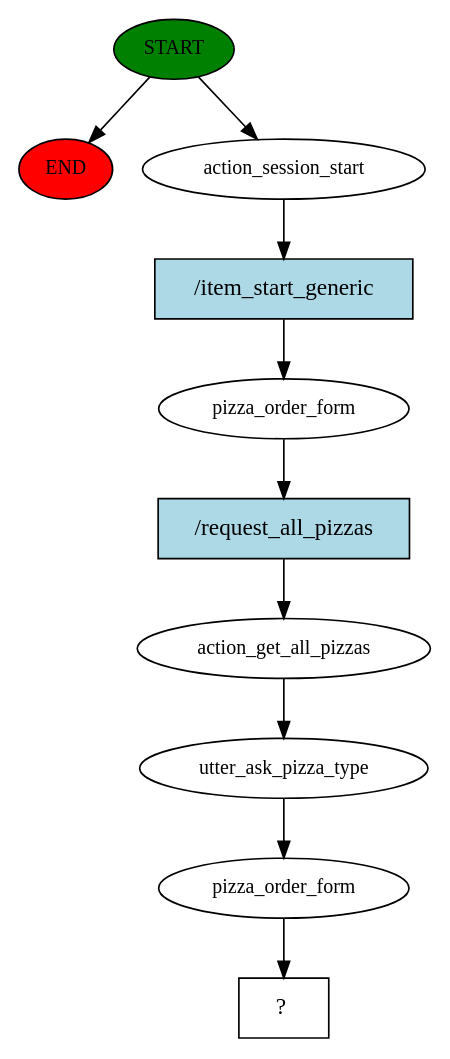
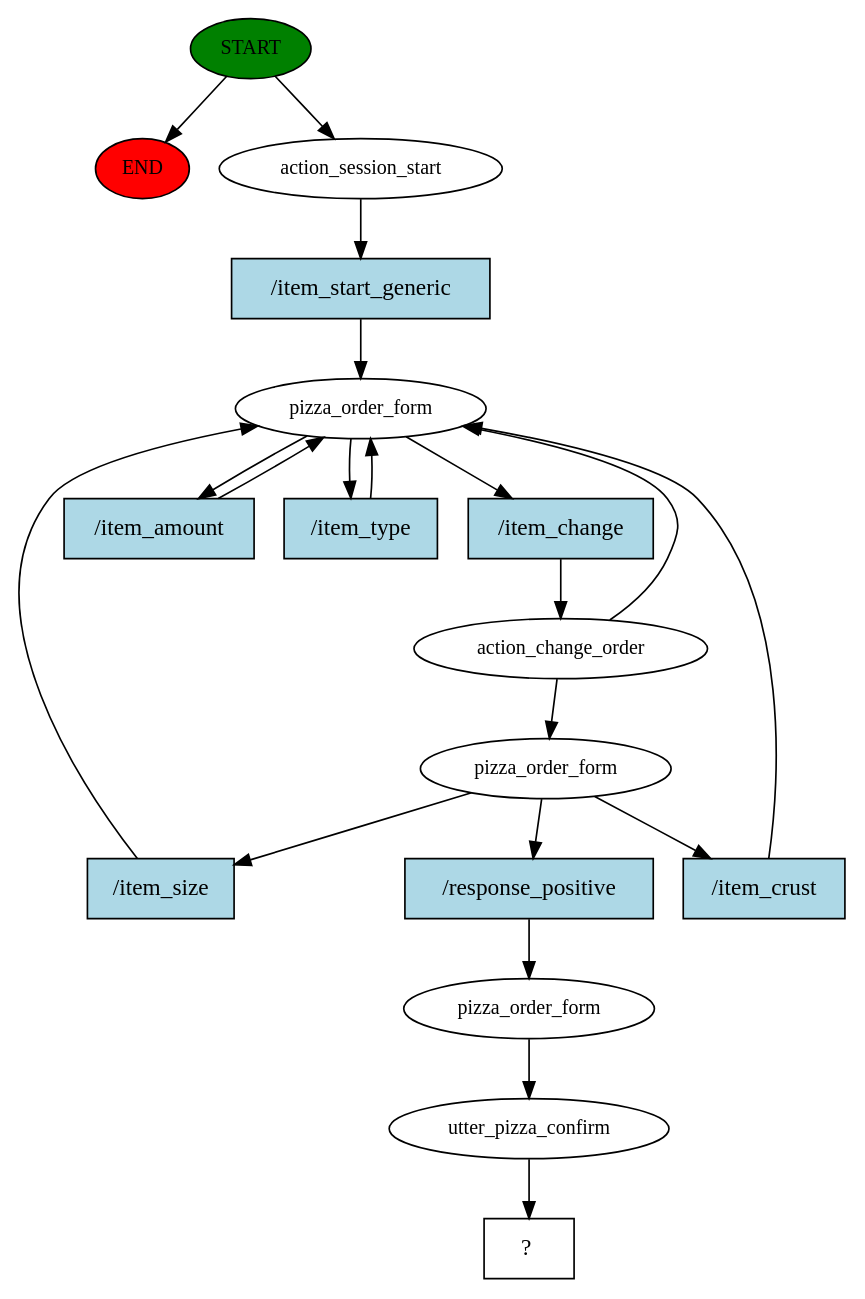
Before and after one commit to pasterzewa/HMD-PizzaBot-project: the diagram in story_graph.dot, drawn with Graphviz. The commit also changed 454 other files, not shown here.

Commit message:
works on changing order during form

```diff
--- a/story_graph.dot
+++ b/story_graph.dot
@@ -1,21 +1,38 @@
 digraph  {
 0 [class="start active", fillcolor=green, fontsize=12, label=START, style=filled];
 "-1" [class=end, fillcolor=red, fontsize=12, label=END, style=filled];
 1 [class=active, fontsize=12, label=action_session_start];
 2 [class=active, fontsize=12, label=pizza_order_form];
-3 [class=active, fontsize=12, label=action_get_all_pizzas];
-4 [class=active, fontsize=12, label=utter_ask_pizza_type];
-5 [class=active, fontsize=12, label=pizza_order_form];
-6 [class="intent dashed active", label="  ?  ", shape=rect];
-7 [class="intent active", fillcolor=lightblue, label="/item_start_generic", shape=rect, style=filled];
-8 [class="intent active", fillcolor=lightblue, label="/request_all_pizzas", shape=rect, style=filled];
+4 [class=active, fontsize=12, label=action_change_order];
+8 [class=active, fontsize=12, label=pizza_order_form];
+15 [class=active, fontsize=12, label=pizza_order_form];
+16 [class=active, fontsize=12, label=utter_pizza_confirm];
+17 [class="intent dashed active", label="  ?  ", shape=rect];
+18 [class="intent active", fillcolor=lightblue, label="/item_start_generic", shape=rect, style=filled];
+19 [class="intent active", fillcolor=lightblue, label="/item_change", shape=rect, style=filled];
+20 [class="intent active", fillcolor=lightblue, label="/item_amount", shape=rect, style=filled];
+21 [class="intent active", fillcolor=lightblue, label="/item_type", shape=rect, style=filled];
+22 [class="intent active", fillcolor=lightblue, label="/response_positive", shape=rect, style=filled];
+23 [class="intent active", fillcolor=lightblue, label="/item_size", shape=rect, style=filled];
+24 [class="intent active", fillcolor=lightblue, label="/item_crust", shape=rect, style=filled];
 0 -> "-1"  [class="", key=NONE, label=""];
 0 -> 1  [class=active, key=NONE, label=""];
-1 -> 7  [class=active, key=0];
-2 -> 8  [class=active, key=0];
-3 -> 4  [class=active, key=NONE, label=""];
-4 -> 5  [class=active, key=NONE, label=""];
-5 -> 6  [class=active, key=NONE, label=""];
-7 -> 2  [class=active, key=0];
-8 -> 3  [class=active, key=0];
+1 -> 18  [class=active, key=0];
+2 -> 19  [class=active, key=0];
+2 -> 20  [class=active, key=0];
+2 -> 21  [class=active, key=0];
+4 -> 8  [class=active, key=NONE, label=""];
+4 -> 2  [class=active, key=NONE, label=""];
+8 -> 22  [class=active, key=0];
+8 -> 23  [class=active, key=0];
+8 -> 24  [class=active, key=0];
+15 -> 16  [class=active, key=NONE, label=""];
+16 -> 17  [class=active, key=NONE, label=""];
+18 -> 2  [class=active, key=0];
+19 -> 4  [class=active, key=0];
+20 -> 2  [class=active, key=0];
+21 -> 2  [class=active, key=0];
+22 -> 15  [class=active, key=0];
+23 -> 2  [class=active, key=0];
+24 -> 2  [class=active, key=0];
 }
```
